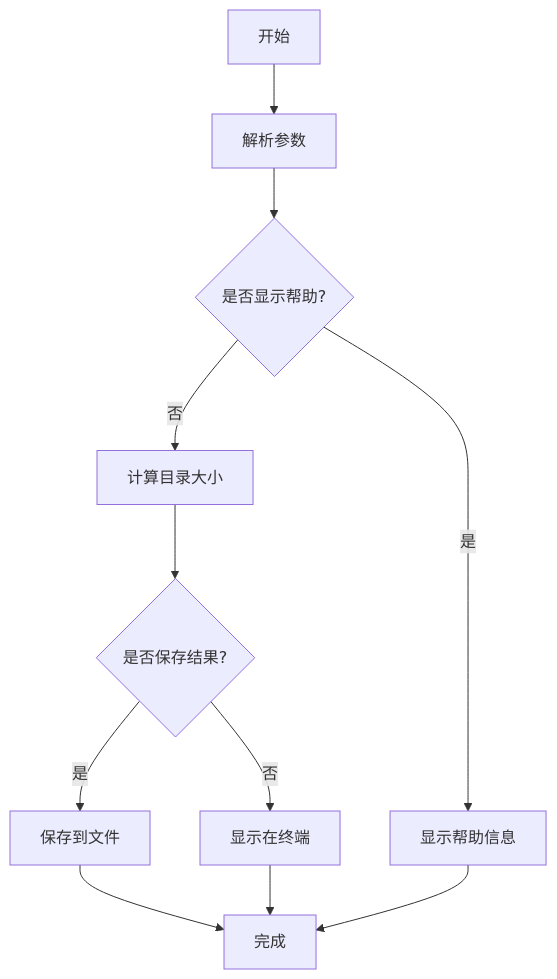
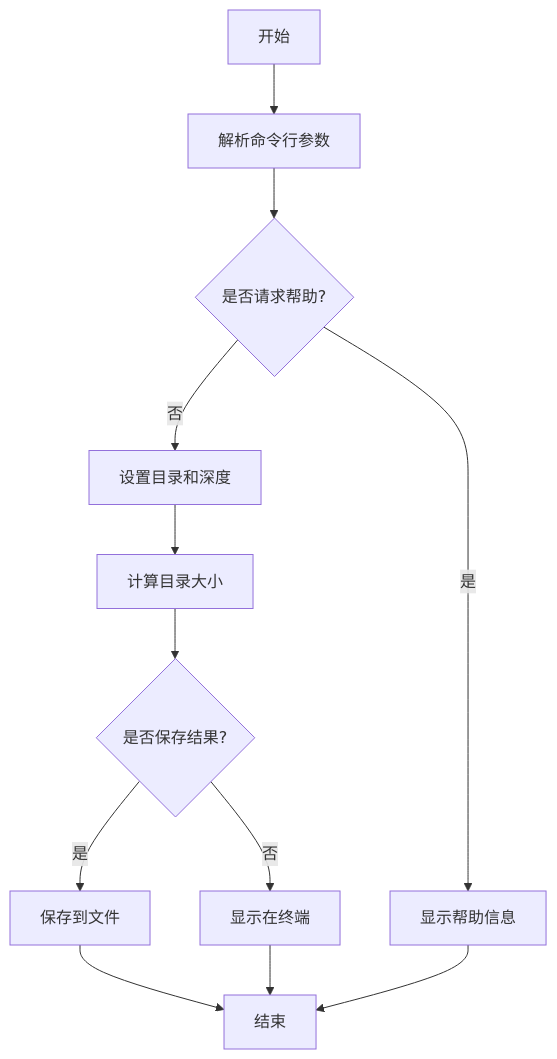
The diagram in README.md (wangb335/adu), drawn with Mermaid before and after one commit. The commit also changed other lines of this file and 1 other file, not shown here.

````diff
--- a/README.md
+++ b/README.md
@@ -25,13 +73,14 @@
 ```mermaid
-flowchart TD
-    A[开始] --> B[解析参数]
-    B --> C{是否显示帮助?}
+graph TD
+    A[开始] --> B[解析命令行参数]
+    B --> C{是否请求帮助?}
     C -->|是| D[显示帮助信息]
-    C -->|否| E[计算目录大小]
-    E --> F{是否保存结果?}
-    F -->|是| G[保存到文件]
-    F -->|否| H[显示在终端]
-    G --> I[完成]
-    H --> I
-    D --> I
+    C -->|否| E[设置目录和深度]
+    E --> F[计算目录大小]
+    F --> G{是否保存结果?}
+    G -->|是| H[保存到文件]
+    G -->|否| I[显示在终端]
+    H --> J[结束]
+    I --> J
+    D --> J
 ```
````
